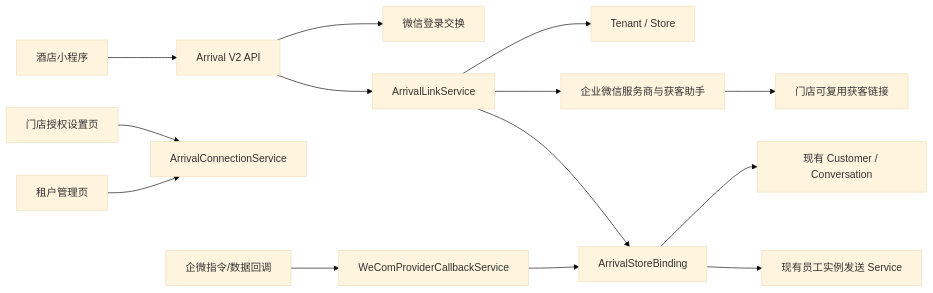
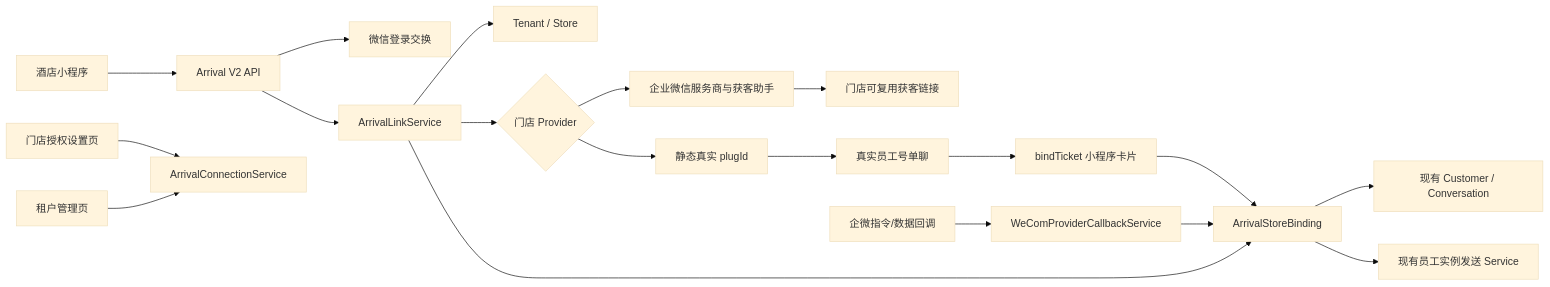
Before and after one commit to 520skyincloud/agentdesk: the diagram in docs/design/arrival-link-engine.md, drawn with Mermaid (base theme). The commit also changed other lines of this file and 42 other files, not shown here.

First line of the commit message:
feat(arrival): 新增静态 plugId 会话绑定链路

````diff
--- a/docs/design/arrival-link-engine.md
+++ b/docs/design/arrival-link-engine.md
@@ -66,16 +73,21 @@
 ```mermaid
 flowchart LR
     MP["酒店小程序"] --> API["Arrival V2 API"]
     API --> LOGIN["微信登录交换"]
     API --> ARRIVAL["ArrivalLinkService"]
     ARRIVAL --> STORE["Tenant / Store"]
-    ARRIVAL --> CONTACT["企业微信服务商与获客助手"]
+    ARRIVAL --> MODE{"门店 Provider"}
+    MODE --> CONTACT["企业微信服务商与获客助手"]
+    MODE --> PLUGIN["静态真实 plugId"]
     CONTACT --> LINK["门店可复用获客链接"]
+    PLUGIN --> REALCHAT["真实员工号单聊"]
+    REALCHAT --> TICKET["bindTicket 小程序卡片"]
     ARRIVAL --> BINDING["ArrivalStoreBinding"]
+    TICKET --> BINDING
     BINDING --> CUSTOMER["现有 Customer / Conversation"]
     BINDING --> INSTANCE["现有员工实例发送 Service"]
     PORTAL["门店授权设置页"] --> CONNECT["ArrivalConnectionService"]
     ADMIN["租户管理页"] --> CONNECT
     CALLBACK["企微指令/数据回调"] --> PROVIDER["WeComProviderCallbackService"]
     PROVIDER --> BINDING
 ```
````
